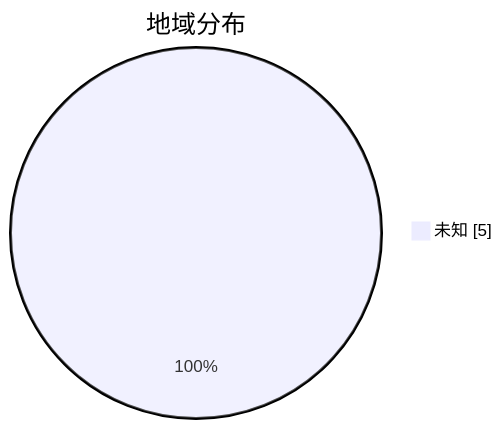
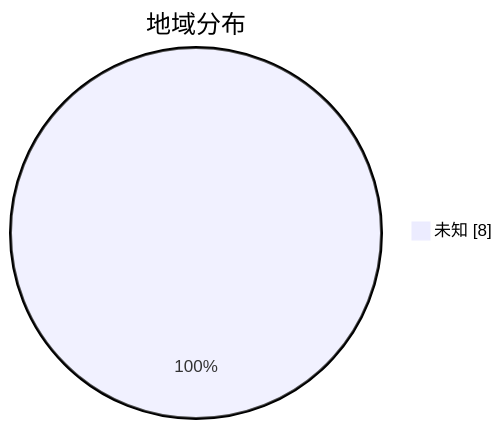
One commit to qjlxg/airport changed the second of 3 diagrams in subs/statistics/tested_within.md. Above: the diagram before and after it, drawn with Mermaid. The commit also changed other lines of this file and 2 other files, not shown here.

````diff
--- a/subs/statistics/tested_within.md
+++ b/subs/statistics/tested_within.md
@@ -8,5 +8,5 @@
 ```mermaid
 pie showData
 title 地域分布
-"未知" : 5
+"未知" : 8
 ```
````
